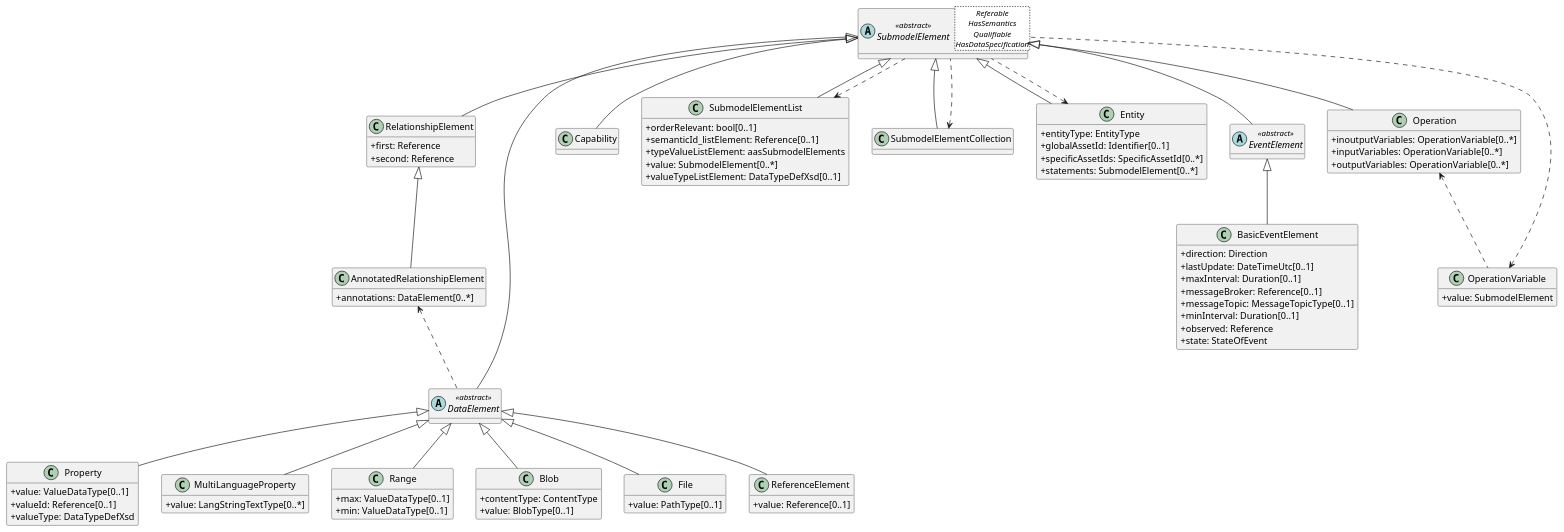
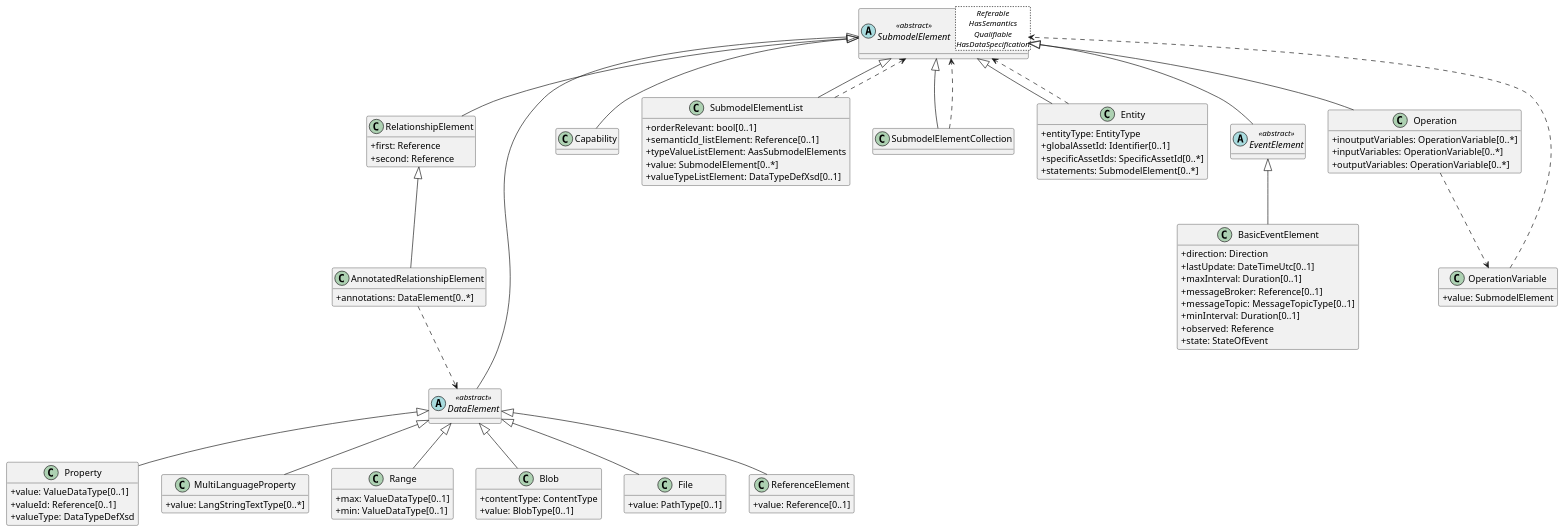
The diagram in output/27_Submodel_element.puml (zrgt/py2puml), drawn with PlantUML before and after one commit. The commit also changed 50 other files, not shown here.

```diff
--- a/output/27_Submodel_element.puml
+++ b/output/27_Submodel_element.puml
@@ -1,97 +1,97 @@
 @startuml
 skinparam classAttributeIconSize 0
 hide methods
 
 abstract class SubmodelElement<Referable\nHasSemantics\nQualifiable\nHasDataSpecification> <<abstract>> {
 }
 class RelationshipElement {
   +first: Reference 
   +second: Reference 
 }
 class AnnotatedRelationshipElement {
   +annotations: DataElement[0..*] 
 }
 abstract class DataElement <<abstract>> {
 }
 class Property {
   +value: ValueDataType[0..1] 
   +valueId: Reference[0..1] 
   +valueType: DataTypeDefXsd 
 }
 class MultiLanguageProperty {
   +value: LangStringTextType[0..*] 
 }
 class Range {
   +max: ValueDataType[0..1] 
   +min: ValueDataType[0..1] 
 }
 class Blob {
   +contentType: ContentType 
   +value: BlobType[0..1] 
 }
 class File {
   +value: PathType[0..1] 
 }
 class ReferenceElement {
   +value: Reference[0..1] 
 }
 class Capability {
 }
 class SubmodelElementList {
   +orderRelevant: bool[0..1] 
   +semanticId_listElement: Reference[0..1] 
-  +typeValueListElement: aasSubmodelElements 
+  +typeValueListElement: AasSubmodelElements 
   +value: SubmodelElement[0..*] 
   +valueTypeListElement: DataTypeDefXsd[0..1] 
 }
 class SubmodelElementCollection {
 }
 class Entity {
   +entityType: EntityType 
   +globalAssetId: Identifier[0..1] 
   +specificAssetIds: SpecificAssetId[0..*] 
   +statements: SubmodelElement[0..*] 
 }
 abstract class EventElement <<abstract>> {
 }
 class BasicEventElement {
   +direction: Direction 
   +lastUpdate: DateTimeUtc[0..1] 
   +maxInterval: Duration[0..1] 
   +messageBroker: Reference[0..1] 
   +messageTopic: MessageTopicType[0..1] 
   +minInterval: Duration[0..1] 
   +observed: Reference 
   +state: StateOfEvent 
 }
 class Operation {
   +inoutputVariables: OperationVariable[0..*] 
   +inputVariables: OperationVariable[0..*] 
   +outputVariables: OperationVariable[0..*] 
 }
 class OperationVariable {
   +value: SubmodelElement 
 }
-AnnotatedRelationshipElement <.. DataElement
+AnnotatedRelationshipElement ..> DataElement
 RelationshipElement <|-- AnnotatedRelationshipElement
 EventElement <|-- BasicEventElement
 DataElement <|-- Blob
 SubmodelElement <|-- Capability
 SubmodelElement <|-- DataElement
-Entity <.. SubmodelElement
+Entity ..> SubmodelElement
 SubmodelElement <|-- Entity
 SubmodelElement <|-- EventElement
 DataElement <|-- File
 DataElement <|-- MultiLanguageProperty
-Operation <.. OperationVariable
+Operation ..> OperationVariable
 SubmodelElement <|-- Operation
-OperationVariable <.. SubmodelElement
+OperationVariable ..> SubmodelElement
 DataElement <|-- Property
 DataElement <|-- Range
 DataElement <|-- ReferenceElement
 SubmodelElement <|-- RelationshipElement
-SubmodelElementCollection <.. SubmodelElement
+SubmodelElementCollection ..> SubmodelElement
 SubmodelElement <|-- SubmodelElementCollection
-SubmodelElementList <.. SubmodelElement
+SubmodelElementList ..> SubmodelElement
 SubmodelElement <|-- SubmodelElementList
 @enduml
```
